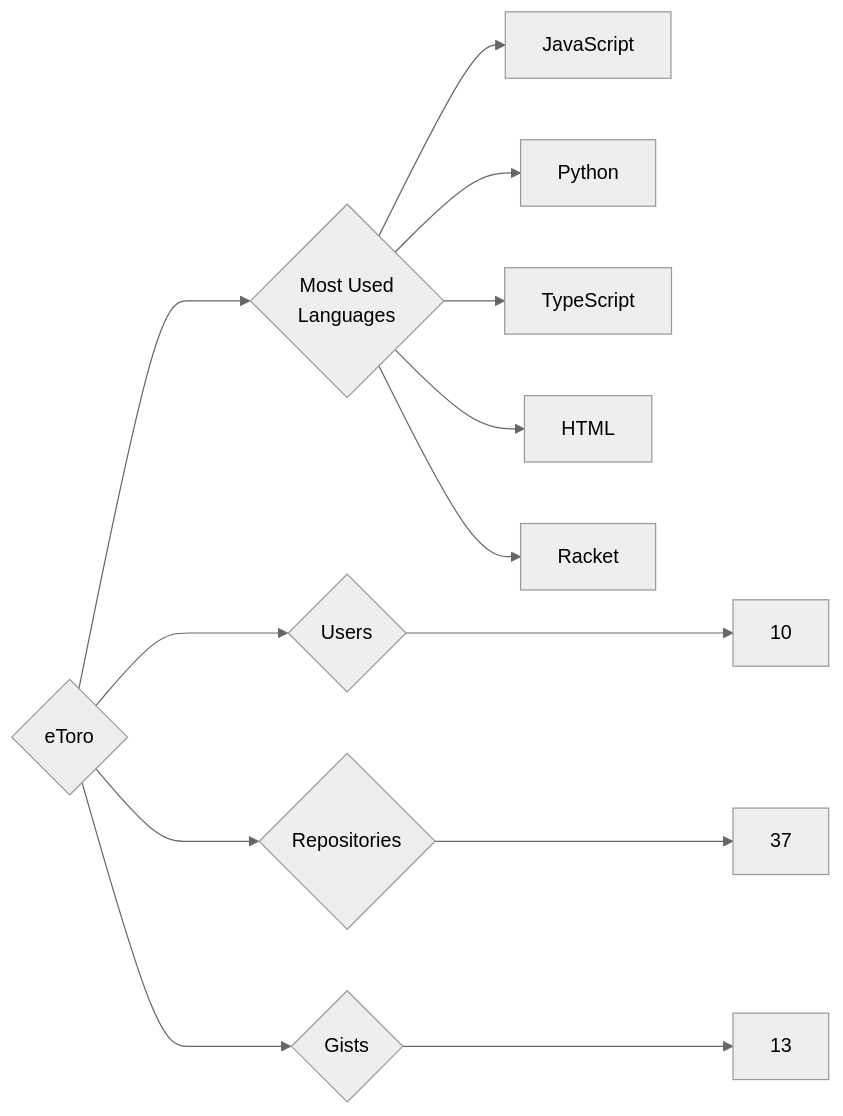
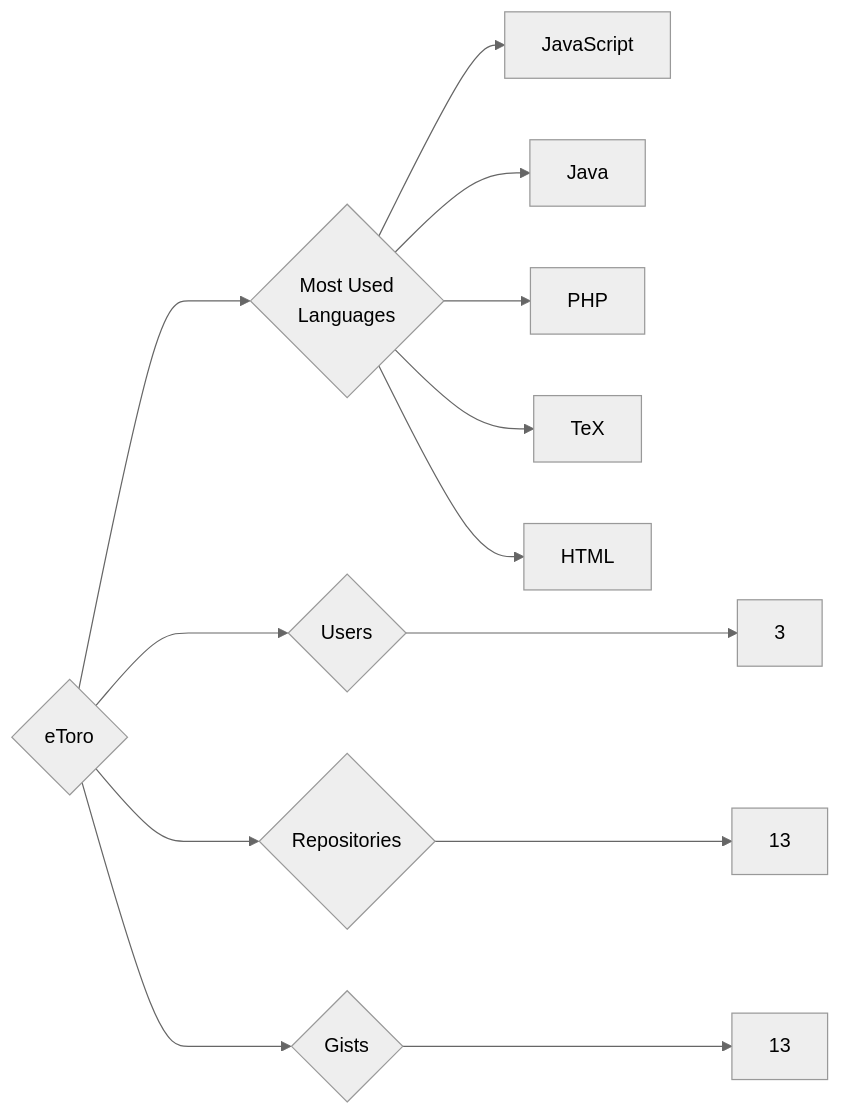
Before and after one commit to trickest/insiders: the diagram in targets/eToro/README.md, drawn with Mermaid (neutral theme). The commit also changed 878 other files, not shown here.

````diff
--- a/targets/eToro/README.md
+++ b/targets/eToro/README.md
@@ -3,13 +3,13 @@
 ```mermaid
 graph LR
 COMPANY_NAME{eToro}
-COMPANY_NAME ---> U{Users} ---> UN[10]
-COMPANY_NAME ---> R{Repositories} ---> RN[37]
+COMPANY_NAME ---> U{Users} ---> UN[3]
+COMPANY_NAME ---> R{Repositories} ---> RN[13]
 COMPANY_NAME ---> G{Gists} ---> GN[13]
 COMPANY_NAME ---> ML{Most Used<br>Languages}
 ML --> JavaScript[JavaScript]
-ML --> Python[Python]
-ML --> TypeScript[TypeScript]
+ML --> Java[Java]
+ML --> PHP[PHP]
+ML --> TeX[TeX]
 ML --> HTML[HTML]
-ML --> Racket[Racket]
 ```
````
